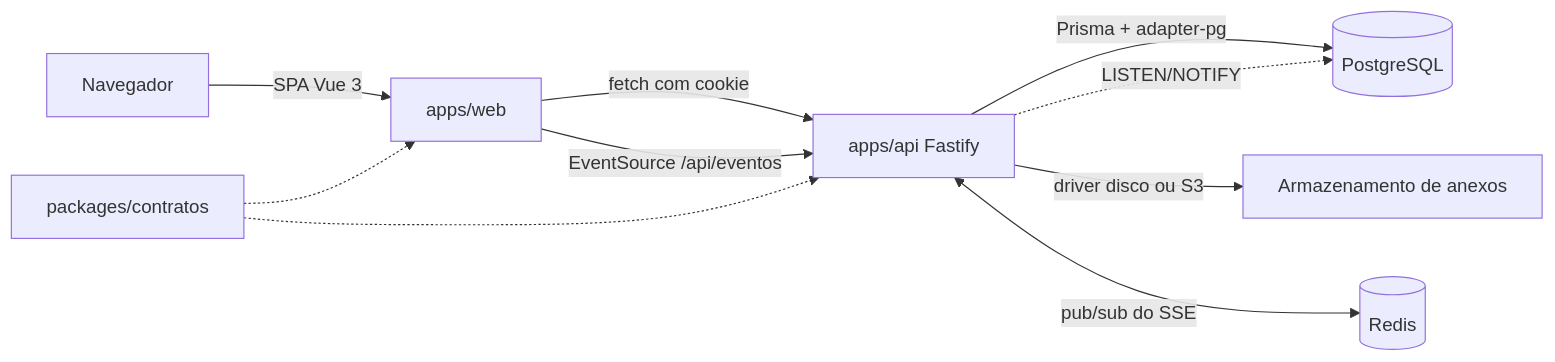
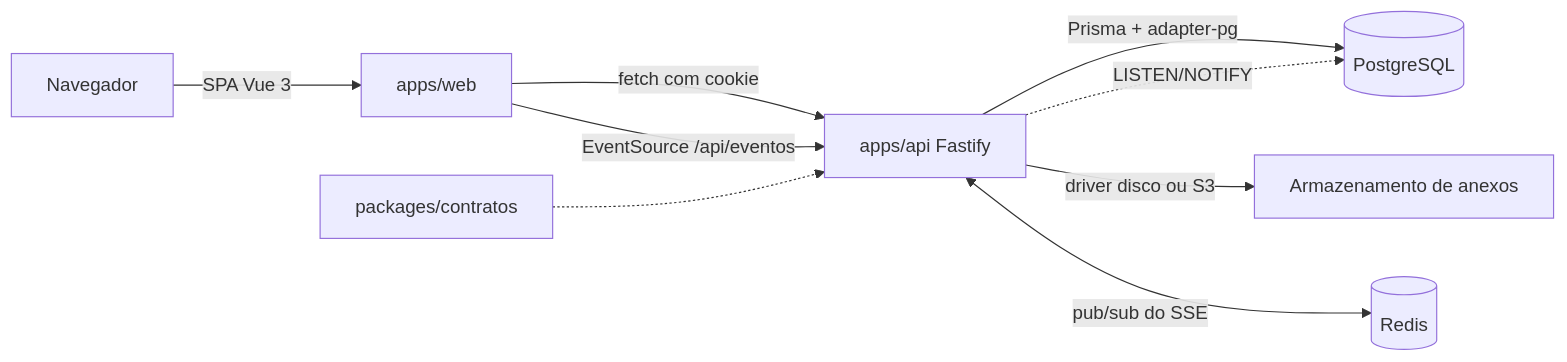
One commit to eemtijca/buscapp changed the first of 2 diagrams in docs/arquitetura.md. Above: the diagram before and after it, drawn with Mermaid. The commit also changed other lines of this file and 6 other files, not shown here.

````diff
--- a/docs/arquitetura.md
+++ b/docs/arquitetura.md
@@ -7,12 +7,11 @@
 ```mermaid
 flowchart LR
   N[Navegador] -->|SPA Vue 3| W[apps/web]
   W -->|fetch com cookie| A[apps/api Fastify]
   W -->|EventSource /api/eventos| A
   A -->|Prisma + adapter-pg| D[(PostgreSQL)]
   A -->|driver disco ou S3| F[Armazenamento de anexos]
   A <-->|pub/sub do SSE| R[(Redis)]
   A -.->|LISTEN/NOTIFY| D
-  C[packages/contratos] -.-> W
-  C -.-> A
+  C[packages/contratos] -.-> A
 ```
````
